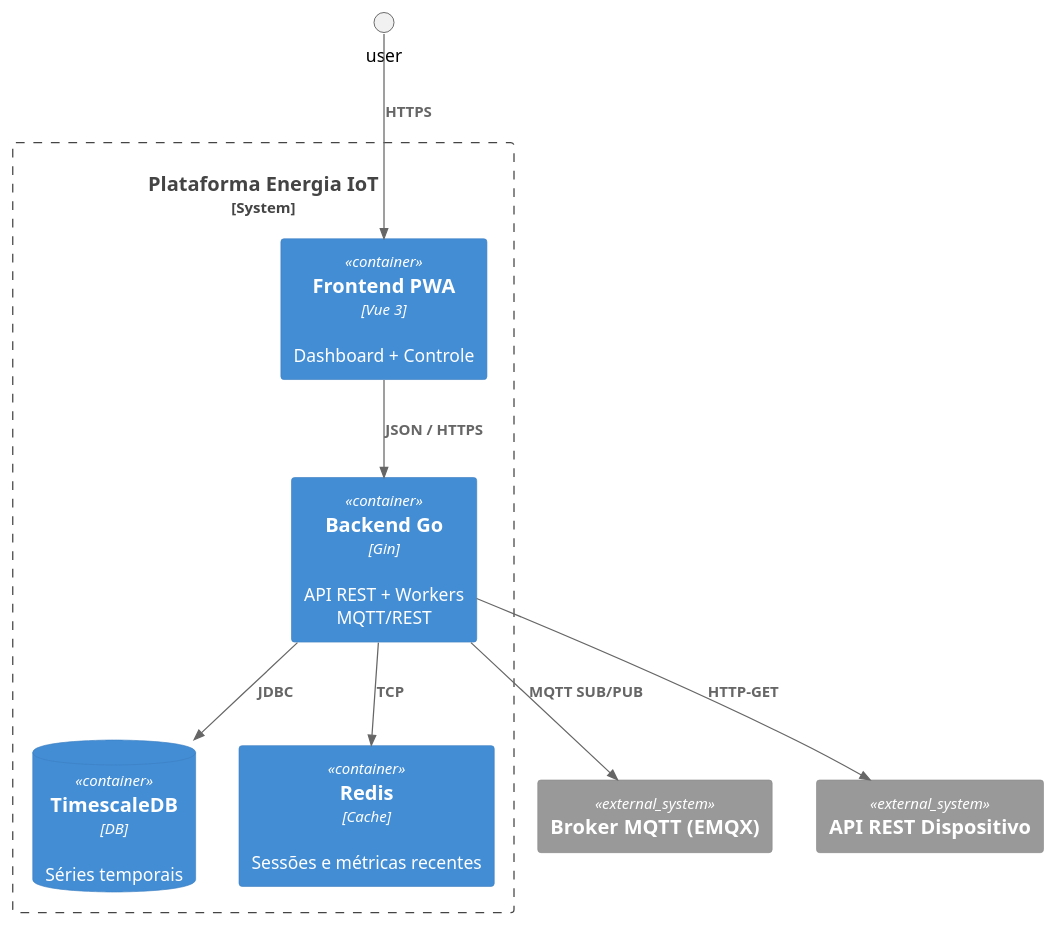
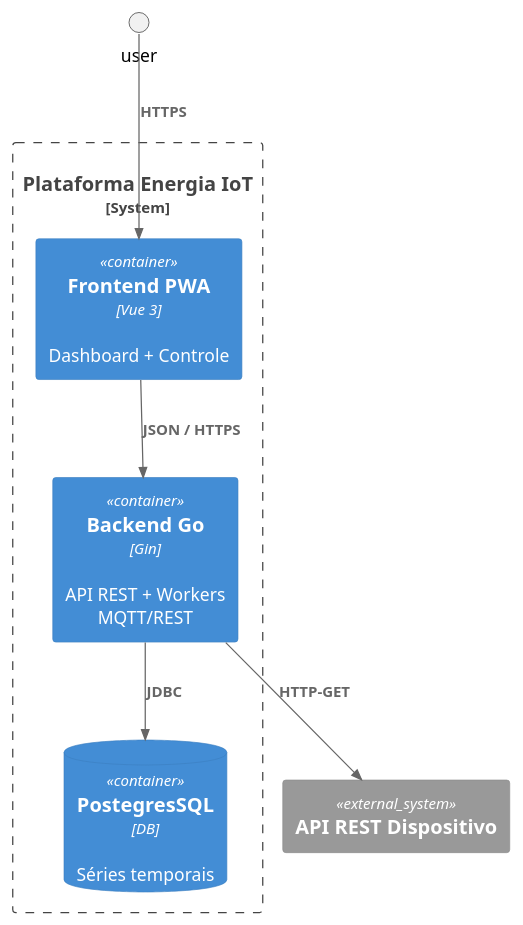
The second of 2 diagrams in diagrams/C4diagrams.puml (pedrohdcosta/projetoPortifolio), drawn with PlantUML before and after one commit. The commit also changed other lines of this file and 2 other files, not shown here.

```diff
--- a/diagrams/C4diagrams.puml
+++ b/diagrams/C4diagrams.puml
@@ -22,21 +22,17 @@
 @startuml
 !includeurl https://raw.githubusercontent.com/plantuml-stdlib/C4-PlantUML/master/C4_Container.puml
 LAYOUT_TOP_DOWN()
 
 System_Boundary(sys, "Plataforma Energia IoT") {
   Container(web, "Frontend PWA", "Vue 3", "Dashboard + Controle")
   Container(api, "Backend Go", "Gin", "API REST + Workers MQTT/REST")
-  ContainerDb(ts, "TimescaleDB", "DB", "Séries temporais")
-  Container(redis, "Redis", "Cache", "Sessões e métricas recentes")
+  ContainerDb(ts, "PostegresSQL", "DB", "Séries temporais")
 }
 
-System_Ext(mqtt, "Broker MQTT (EMQX)")
 System_Ext(rest, "API REST Dispositivo")
 
 Rel(user, web, "HTTPS")
 Rel(web, api, "JSON / HTTPS")
 Rel(api, ts, "JDBC")
-Rel(api, redis, "TCP")
-Rel(api, mqtt, "MQTT SUB/PUB")
 Rel(api, rest, "HTTP-GET")
 @enduml
```
